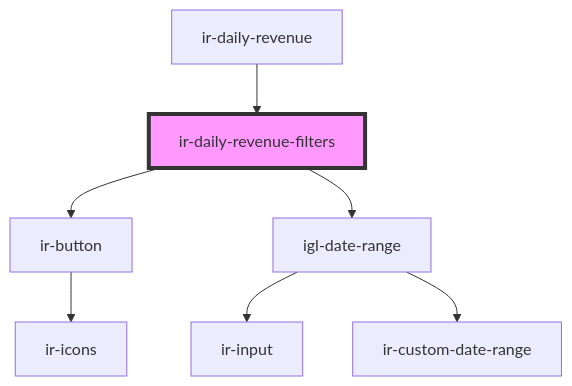
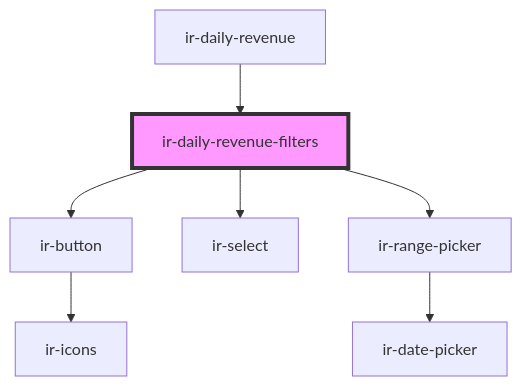
One commit to RonyRizk/ir-webcmp changed the diagram in src/components/ir-daily-revenue/ir-daily-revenue-filters/readme.md. Above: the diagram before and after it, drawn with Mermaid. The commit also changed other lines of this file and 7 other files, not shown here.

````diff
--- a/src/components/ir-daily-revenue/ir-daily-revenue-filters/readme.md
+++ b/src/components/ir-daily-revenue/ir-daily-revenue-filters/readme.md
@@ -35,10 +36,10 @@
 ```mermaid
 graph TD;
   ir-daily-revenue-filters --> ir-button
-  ir-daily-revenue-filters --> igl-date-range
+  ir-daily-revenue-filters --> ir-select
+  ir-daily-revenue-filters --> ir-range-picker
   ir-button --> ir-icons
-  igl-date-range --> ir-input
-  igl-date-range --> ir-custom-date-range
+  ir-range-picker --> ir-date-picker
   ir-daily-revenue --> ir-daily-revenue-filters
   style ir-daily-revenue-filters fill:#f9f,stroke:#333,stroke-width:4px
 ```
````
